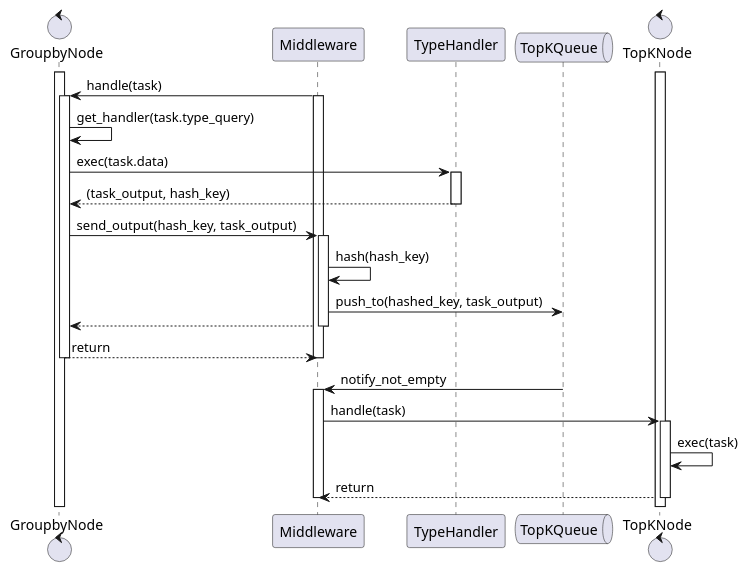
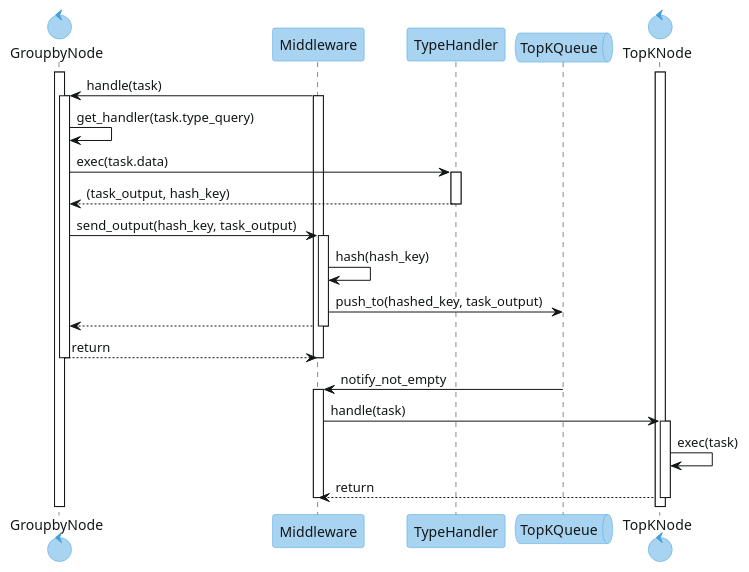
One commit to SebastianVintonuke/TA050-TP-Design changed the diagram in src/puml/groupby_node.puml. Above: the diagram before and after it, drawn with PlantUML. The commit also changed 12 other files, not shown here.

Commit message:
Diagramas de Secuencia en pdf

```diff
--- a/src/puml/groupby_node.puml
+++ b/src/puml/groupby_node.puml
@@ -1,48 +1,70 @@
 @startuml
+
+skinparam backgroundColor transparent
+skinparam shadowing false
+
+skinparam defaultFontColor #121617
+skinparam ArrowColor #121617
+
+skinparam SequenceLifelineBorderColor #121617
+skinparam SequenceActivationBorderColor #121617
+
+skinparam EntityBorderColor #a9d4f1
+skinparam ControlBackgroundColor #a9d4f1
+skinparam ParticipantBackgroundColor #a9d4f1
+skinparam QueueBackgroundColor #a9d4f1
+skinparam RectangleBackgroundColor #a9d4f1
+
+skinparam EntityBorderColor #44a0de
+skinparam ControlBorderColor #44a0de
+skinparam ParticipantBorderColor #44a0de
+skinparam QueueBorderColor #44a0de
+skinparam RectangleBorderColor #44a0de
+
 
 control GroupbyNode
 participant Middleware
 participant TypeHandler
 queue TopKQueue
 control TopKNode
 
 activate TopKNode
 activate GroupbyNode
 
 Middleware -> GroupbyNode: handle(task)
 activate GroupbyNode
 activate Middleware
 
 GroupbyNode-> GroupbyNode: get_handler(task.type_query)
 GroupbyNode-> TypeHandler : exec(task.data)
 activate TypeHandler
 TypeHandler --> GroupbyNode: (task_output, hash_key)
 deactivate TypeHandler
 
 GroupbyNode -> Middleware: send_output(hash_key, task_output)
 activate Middleware
 
 
 Middleware->Middleware: hash(hash_key)
 Middleware -> TopKQueue: push_to(hashed_key, task_output)
 
 Middleware -->GroupbyNode: 
 deactivate Middleware
 GroupbyNode --> Middleware: return
 deactivate GroupbyNode
 deactivate Middleware
 
 
 TopKQueue -> Middleware: notify_not_empty
 activate Middleware
 
 Middleware -> TopKNode : handle(task)
 activate TopKNode
 
 TopKNode->TopKNode: exec(task)
 TopKNode--> Middleware: return
 deactivate Middleware
 deactivate TopKNode
 
 
 @enduml
```
